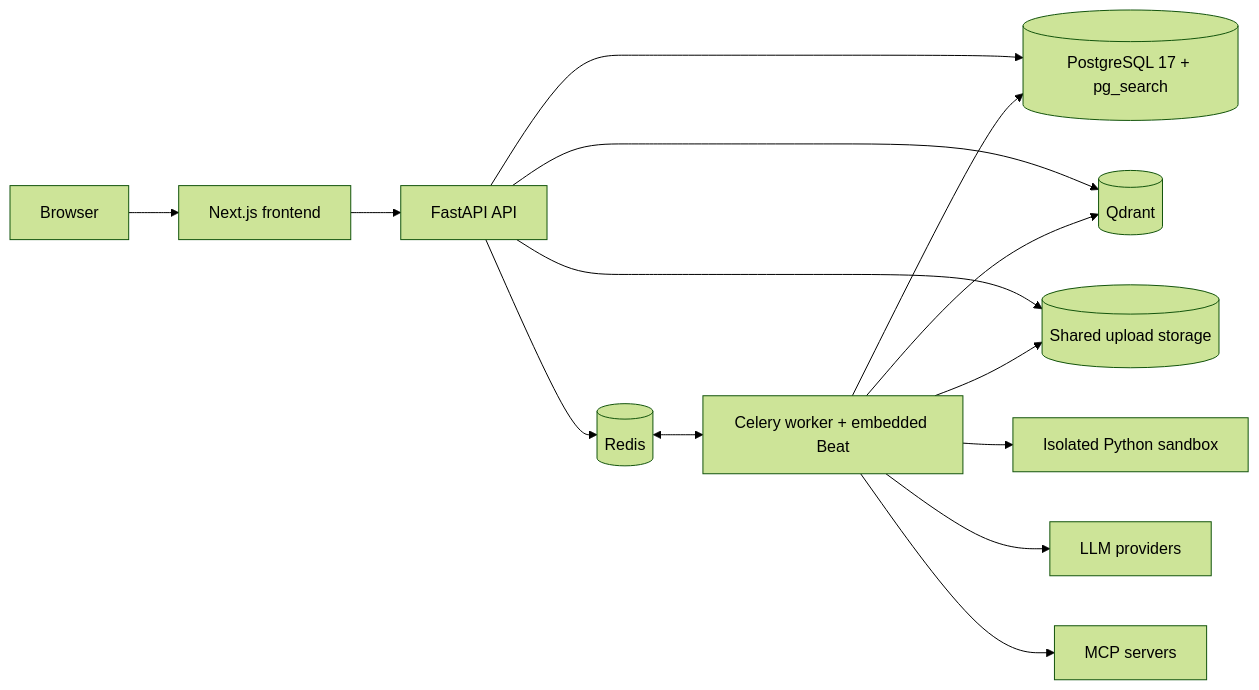
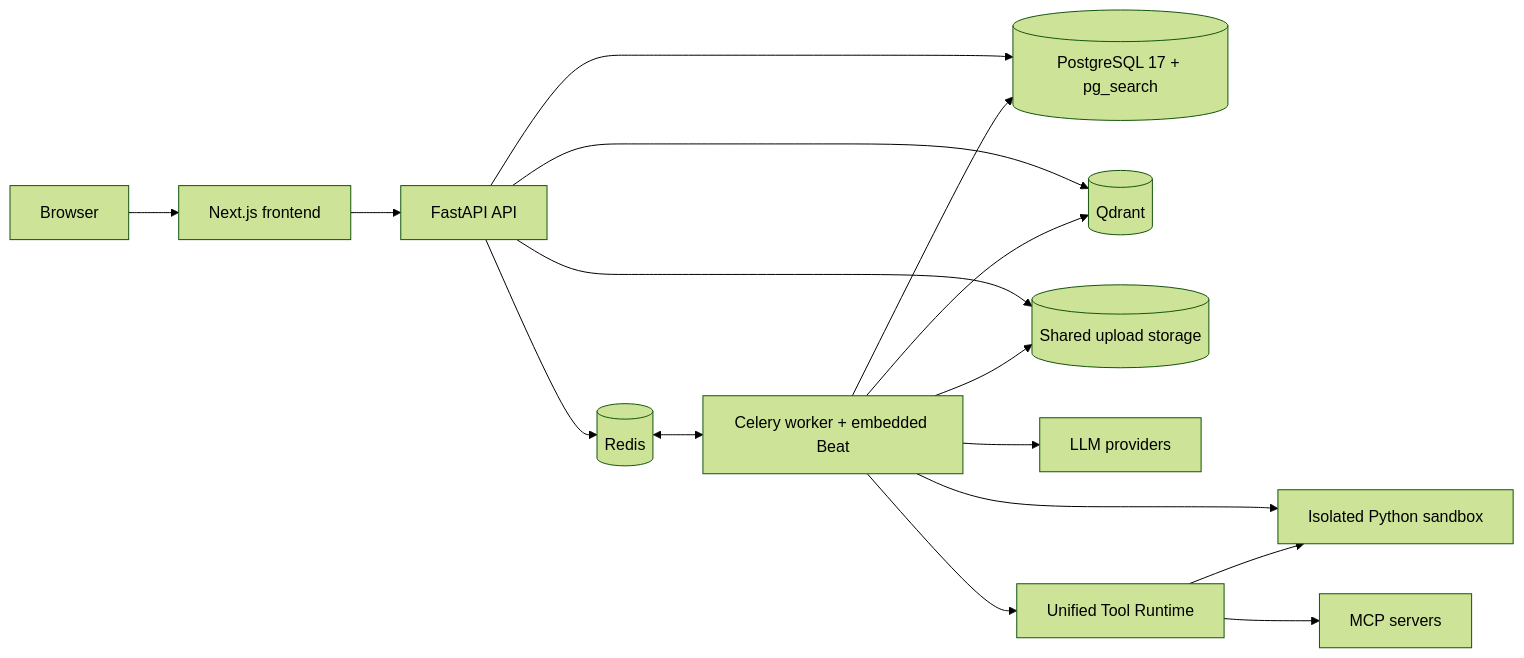
One commit to IQZZ020501/NexaFlow changed the diagram in README.md. Above: the diagram before and after it, drawn with Mermaid (forest theme). The commit also changed other lines of this file and 7 other files, not shown here.

Commit message:
docs(tools): align unified tool documentation

````diff
--- a/README.md
+++ b/README.md
@@ -62,16 +62,18 @@
 ```mermaid
 flowchart LR
     Browser[Browser] --> Web[Next.js frontend]
     Web --> API[FastAPI API]
     API --> DB[("PostgreSQL 17 + pg_search")]
     API --> Redis[(Redis)]
     API --> Qdrant[(Qdrant)]
     API --> Storage[("Shared upload storage")]
     Redis <--> Worker["Celery worker + embedded Beat"]
     Worker --> DB
     Worker --> Qdrant
     Worker --> Storage[(Shared upload storage)]
     Worker --> Sandbox[Isolated Python sandbox]
     Worker --> Models[LLM providers]
-    Worker --> MCP[MCP servers]
+    Worker --> ToolRuntime[Unified Tool Runtime]
+    ToolRuntime --> Sandbox
+    ToolRuntime --> MCP[MCP servers]
 ```
````
